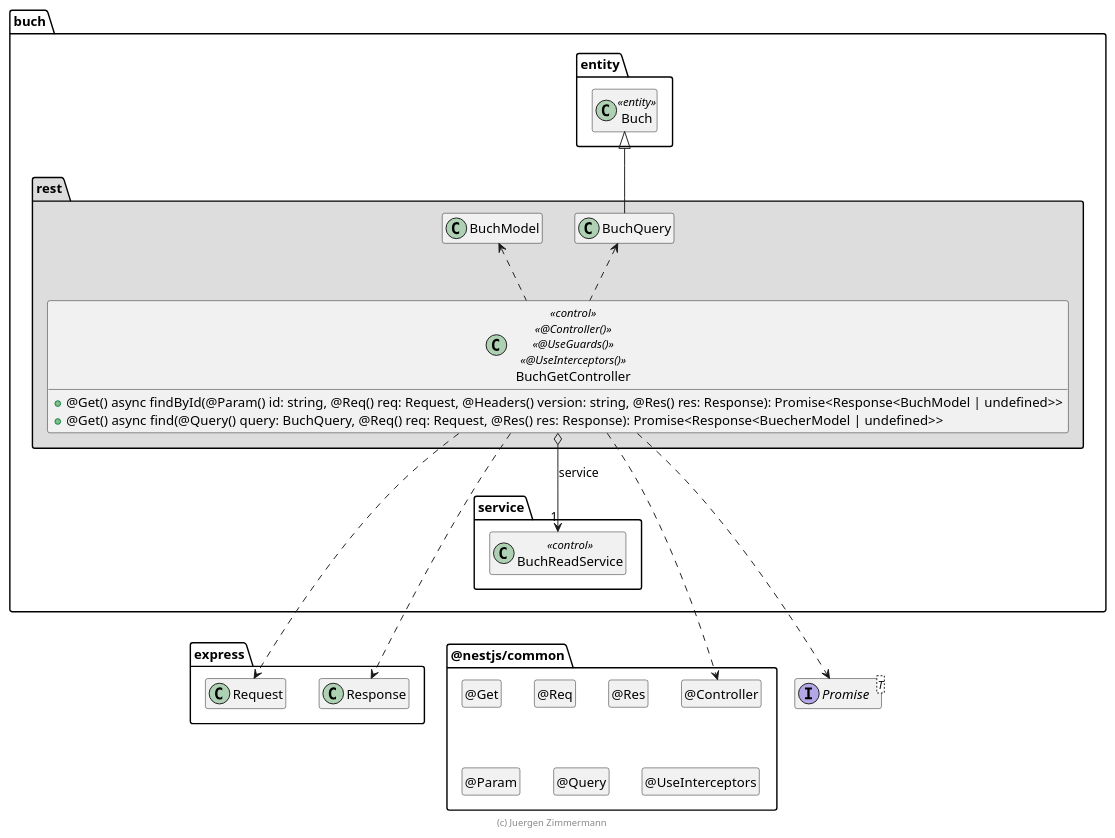
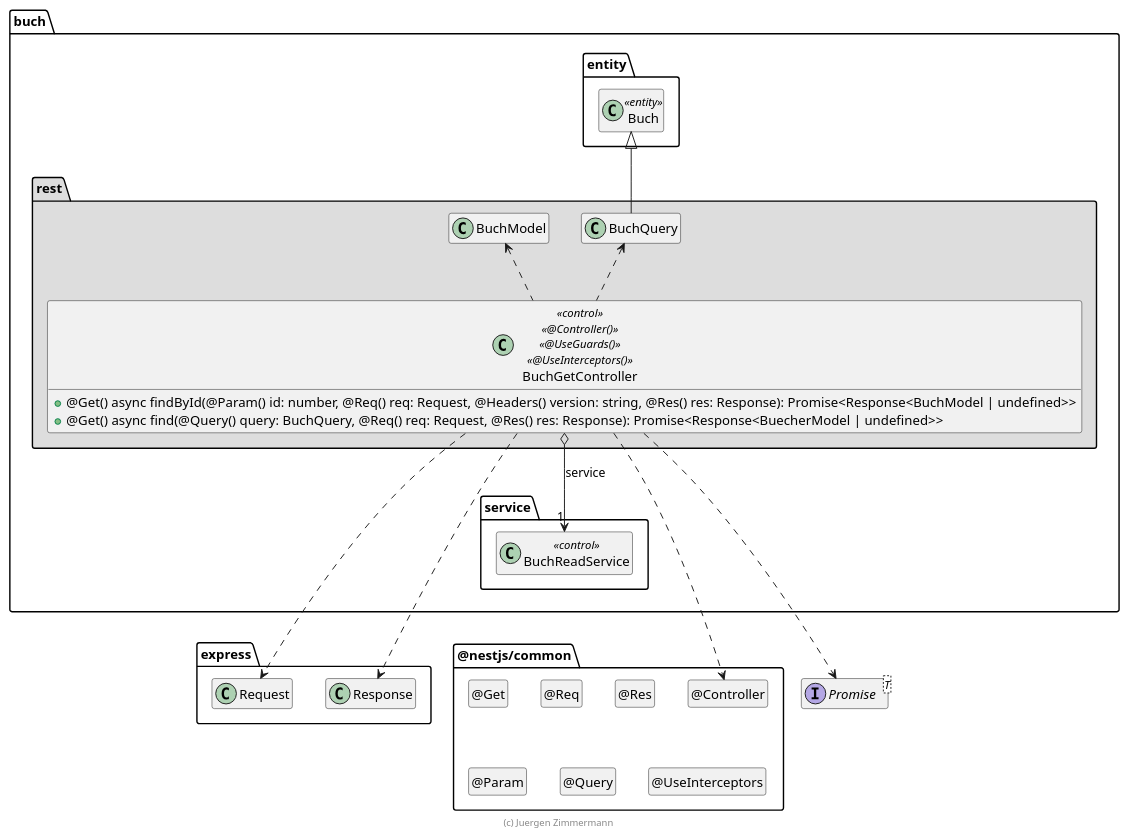
The diagram in .extras/doc/entwicklerhandbuch/BuchGetController.plantuml (danielptv/buch), drawn with PlantUML before and after one commit. The commit also changed 9 other files, not shown here.

```diff
--- a/.extras/doc/entwicklerhandbuch/BuchGetController.plantuml
+++ b/.extras/doc/entwicklerhandbuch/BuchGetController.plantuml
@@ -18,74 +18,74 @@
 @startuml Controller-Klasse
 
 interface Promise<T>
 
 package @nestjs/common {
   class "@Controller" as Controller
   hide Controller circle
 
   class "@Get" as Get
   hide Get circle
 
   class "@Req" as Req
   hide Req circle
 
   class "@Res" as Res
   hide Res circle
 
   class "@Param" as Param
   hide Param circle
 
   class "@Query" as Query
   hide Query circle
 
   class "@UseInterceptors" as UseInterceptors
   hide UseInterceptors circle
 }
 
 package express {
   class Request
   class Response
 
   Response .[hidden].> Controller
 }
 
 package buch {
   package entity #FFFFFF {
     class Buch <<entity>>
 
     Buch .[hidden].> Promise
     Buch .[hidden].> Request
   }
 
   package service {
     class BuchReadService << control >>
   }
 
   package rest #DDDDDD {
     BuchQuery -up-|> Buch
 
     class BuchGetController << control >> << @Controller() >> << @UseGuards() >> << @UseInterceptors() >> {
-      + @Get() async findById(@Param() id: string, @Req() req: Request, @Headers() version: string, @Res() res: Response): Promise<Response<BuchModel | undefined>>
+      + @Get() async findById(@Param() id: number, @Req() req: Request, @Headers() version: string, @Res() res: Response): Promise<Response<BuchModel | undefined>>
       + @Get() async find(@Query() query: BuchQuery, @Req() req: Request,  @Res() res: Response): Promise<Response<BuecherModel | undefined>>
     }
 
     BuchGetController o--> "1" BuchReadService : service
 
     BuchGetController ..> Controller
     BuchGetController ..> Request
     BuchGetController ..> Response
     BuchGetController ..> Promise
     BuchGetController .up.> BuchModel
     BuchGetController .up.> BuchQuery
 
     BuchReadService .[hidden].> Request
     BuchReadService .[hidden].> Promise
     Response .right[hidden].> Controller
   }
 }
 
 hide empty members
 
 footer (c) Juergen Zimmermann
 
 @enduml
```
